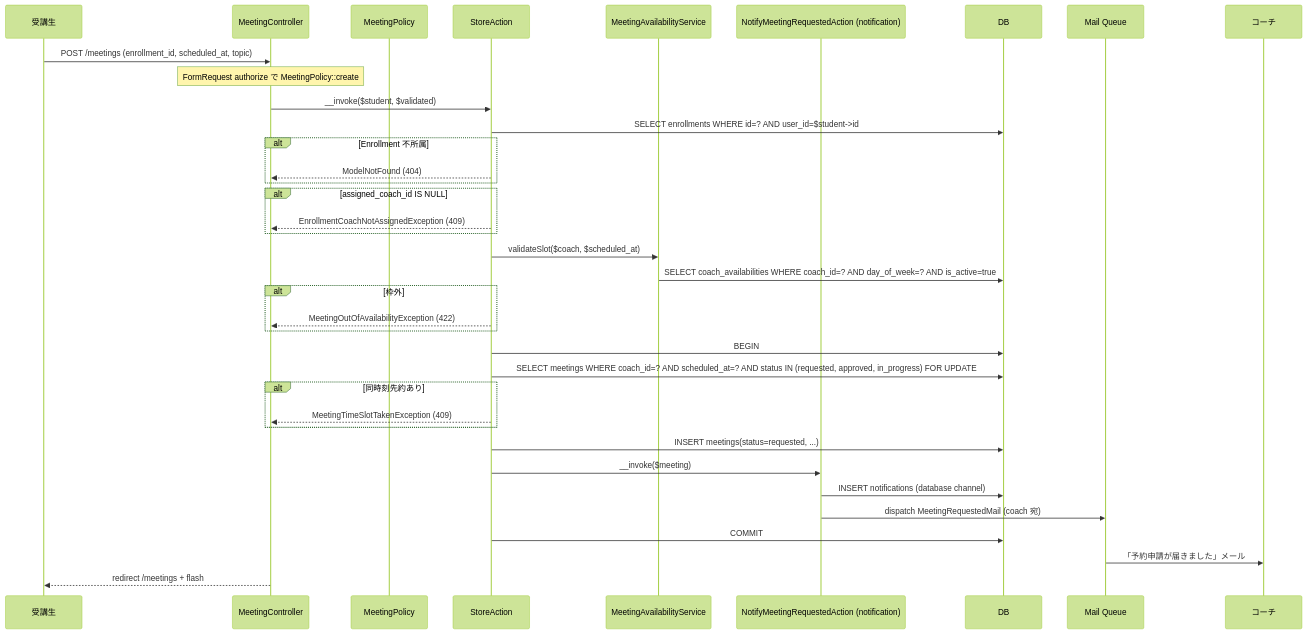
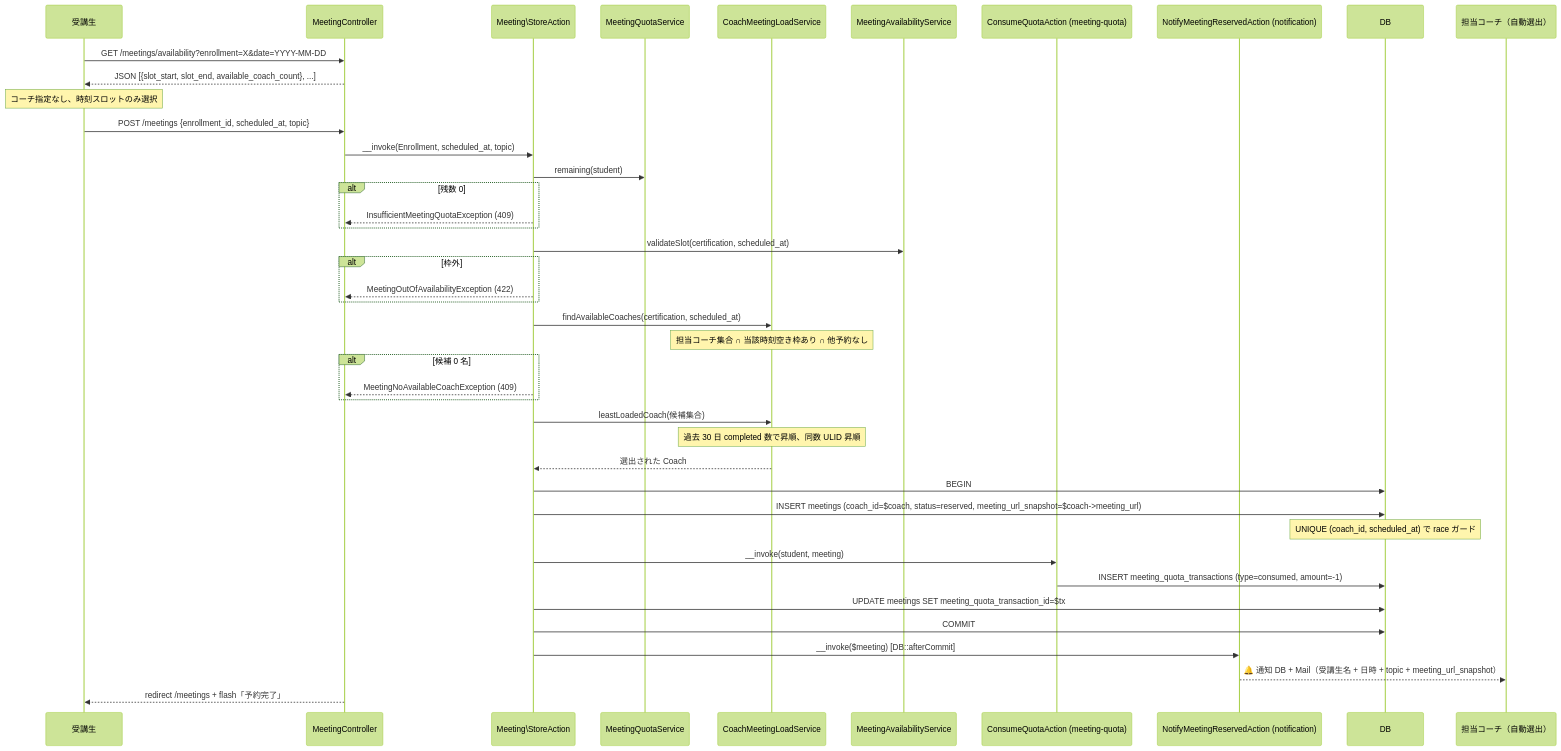
One commit to coachtech-mockcase-second/ExampleAnswer-mockcase-CertifyLMS changed the first of 5 diagrams in docs/specs/mentoring/design.md. Above: the diagram before and after it, drawn with Mermaid (forest theme). The commit also changed other lines of this file and 67 other files, not shown here.

````diff
--- a/docs/specs/mentoring/design.md
+++ b/docs/specs/mentoring/design.md
@@ -11,40 +13,47 @@
 ```mermaid
 sequenceDiagram
     participant Student as 受講生
     participant MC as MeetingController
-    participant Pol as MeetingPolicy
-    participant SA as StoreAction
-    participant Svc as MeetingAvailabilityService
-    participant NR as NotifyMeetingRequestedAction (notification)
+    participant SA as Meeting\StoreAction
+    participant QS as MeetingQuotaService
+    participant CLS as CoachMeetingLoadService
+    participant MAS as MeetingAvailabilityService
+    participant CQA as ConsumeQuotaAction (meeting-quota)
+    participant NR as NotifyMeetingReservedAction (notification)
     participant DB as DB
-    participant Mail as Mail Queue
-    participant Coach as コーチ
+    participant Coach as 担当コーチ（自動選出）
 
-    Student->>MC: POST /meetings (enrollment_id, scheduled_at, topic)
-    Note over MC: FormRequest authorize で MeetingPolicy::create
-    MC->>SA: __invoke($student, $validated)
-    SA->>DB: SELECT enrollments WHERE id=? AND user_id=$student->id
-    alt Enrollment 不所属
-        SA-->>MC: ModelNotFound (404)
+    Student->>MC: GET /meetings/availability?enrollment=X&date=YYYY-MM-DD
+    MC-->>Student: JSON [{slot_start, slot_end, available_coach_count}, ...]
+    Note over Student: コーチ指定なし、時刻スロットのみ選択
+
+    Student->>MC: POST /meetings {enrollment_id, scheduled_at, topic}
+    MC->>SA: __invoke(Enrollment, scheduled_at, topic)
+    SA->>QS: remaining(student)
+    alt 残数 0
+        SA-->>MC: InsufficientMeetingQuotaException (409)
     end
-    alt assigned_coach_id IS NULL
-        SA-->>MC: EnrollmentCoachNotAssignedException (409)
-    end
-    SA->>Svc: validateSlot($coach, $scheduled_at)
-    Svc->>DB: SELECT coach_availabilities WHERE coach_id=? AND day_of_week=? AND is_active=true
+    SA->>MAS: validateSlot(certification, scheduled_at)
     alt 枠外
         SA-->>MC: MeetingOutOfAvailabilityException (422)
     end
+    SA->>CLS: findAvailableCoaches(certification, scheduled_at)
+    Note over CLS: 担当コーチ集合 ∩ 当該時刻空き枠あり ∩ 他予約なし
+    alt 候補 0 名
+        SA-->>MC: MeetingNoAvailableCoachException (409)
+    end
+    SA->>CLS: leastLoadedCoach(候補集合)
+    Note over CLS: 過去 30 日 completed 数で昇順、同数 ULID 昇順
+    CLS-->>SA: 選出された Coach
+
     SA->>DB: BEGIN
-    SA->>DB: SELECT meetings WHERE coach_id=? AND scheduled_at=? AND status IN (requested, approved, in_progress) FOR UPDATE
-    alt 同時刻先約あり
-        SA-->>MC: MeetingTimeSlotTakenException (409)
-    end
-    SA->>DB: INSERT meetings(status=requested, ...)
-    SA->>NR: __invoke($meeting)
-    NR->>DB: INSERT notifications (database channel)
-    NR->>Mail: dispatch MeetingRequestedMail (coach 宛)
+    SA->>DB: INSERT meetings (coach_id=$coach, status=reserved, meeting_url_snapshot=$coach->meeting_url)
+    Note over DB: UNIQUE (coach_id, scheduled_at) で race ガード
+    SA->>CQA: __invoke(student, meeting)
+    CQA->>DB: INSERT meeting_quota_transactions (type=consumed, amount=-1)
+    SA->>DB: UPDATE meetings SET meeting_quota_transaction_id=$tx
     SA->>DB: COMMIT
-    Mail->>Coach: 「予約申請が届きました」メール
-    MC-->>Student: redirect /meetings + flash
+    SA->>NR: __invoke($meeting) [DB::afterCommit]
+    NR-->>Coach: 🔔 通知 DB + Mail（受講生名 + 日時 + topic + meeting_url_snapshot）
+    MC-->>Student: redirect /meetings + flash「予約完了」
 ```
````
